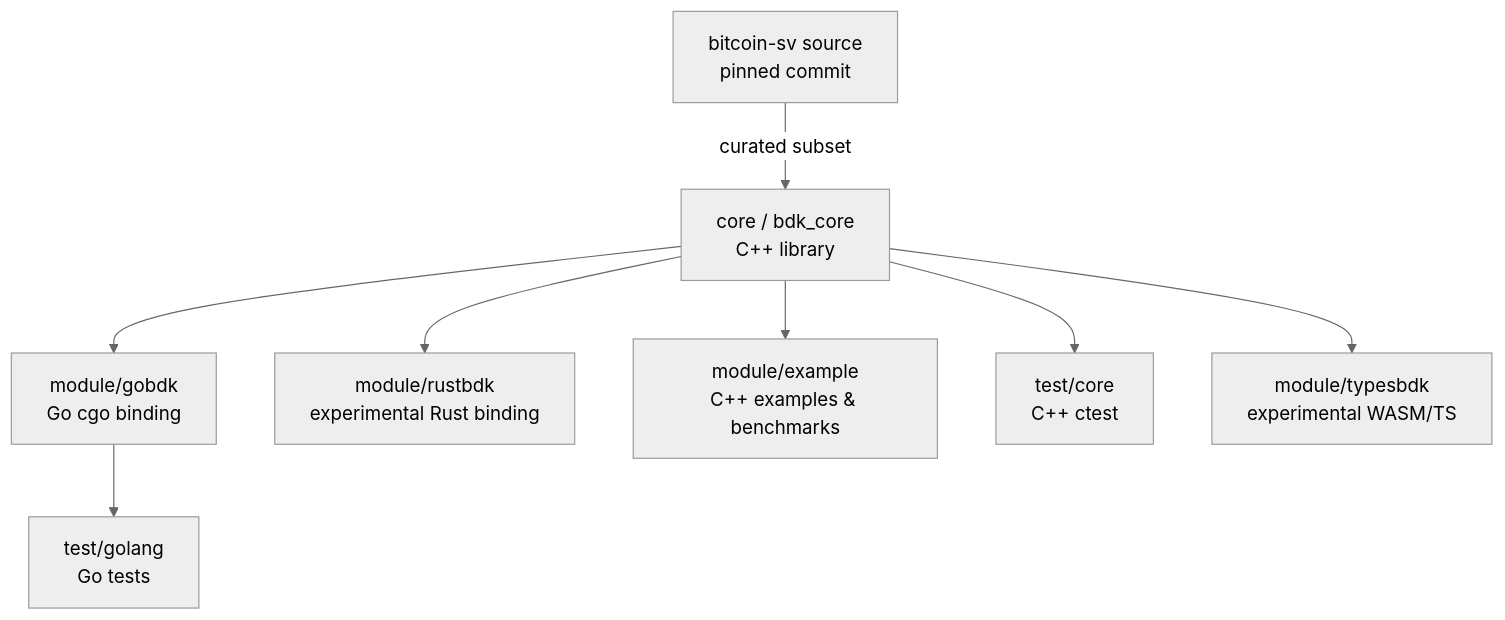
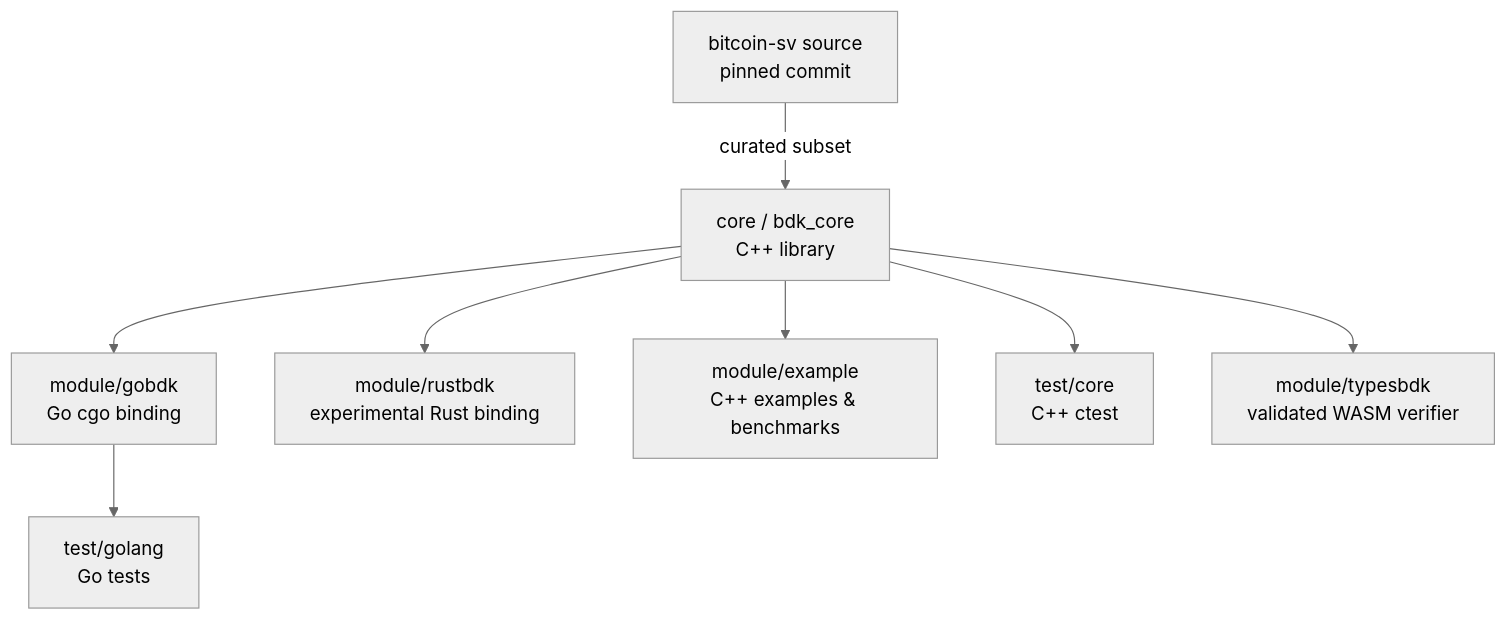
One commit to bitcoin-sv/bdk changed the diagram in documentation/docs/architecture.md. Above: the diagram before and after it, drawn with Mermaid (neutral theme). The commit also changed other lines of this file and 12 other files, not shown here.

````diff
--- a/documentation/docs/architecture.md
+++ b/documentation/docs/architecture.md
@@ -10,10 +10,10 @@
 ```mermaid
 graph TD
     BSV[bitcoin-sv source<br/>pinned commit] -->|curated subset| CORE
     CORE[core / bdk_core<br/>C++ library] --> GO[module/gobdk<br/>Go cgo binding]
     CORE --> RUST[module/rustbdk<br/>experimental Rust binding]
     CORE --> EX[module/example<br/>C++ examples & benchmarks]
     CORE --> TESTS[test/core<br/>C++ ctest]
     GO --> GOTESTS[test/golang<br/>Go tests]
-    CORE --> WASM[module/typesbdk<br/>experimental WASM/TS]
+    CORE --> WASM[module/typesbdk<br/>validated WASM verifier]
 ```
````
